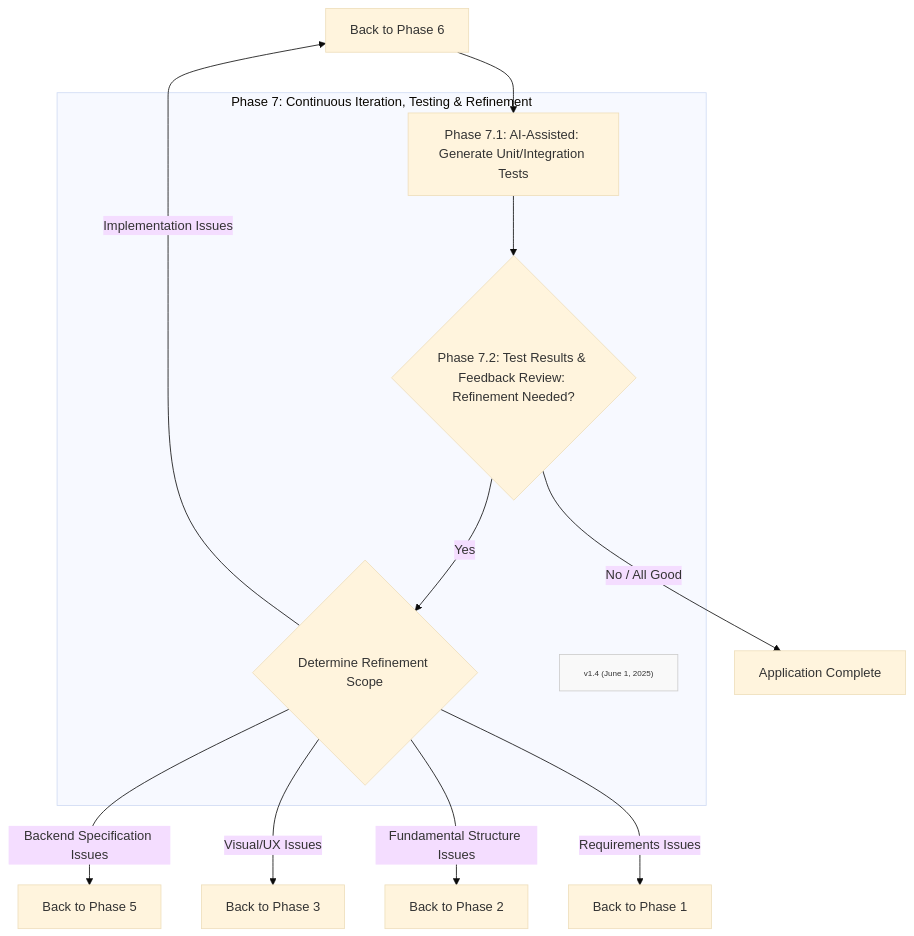
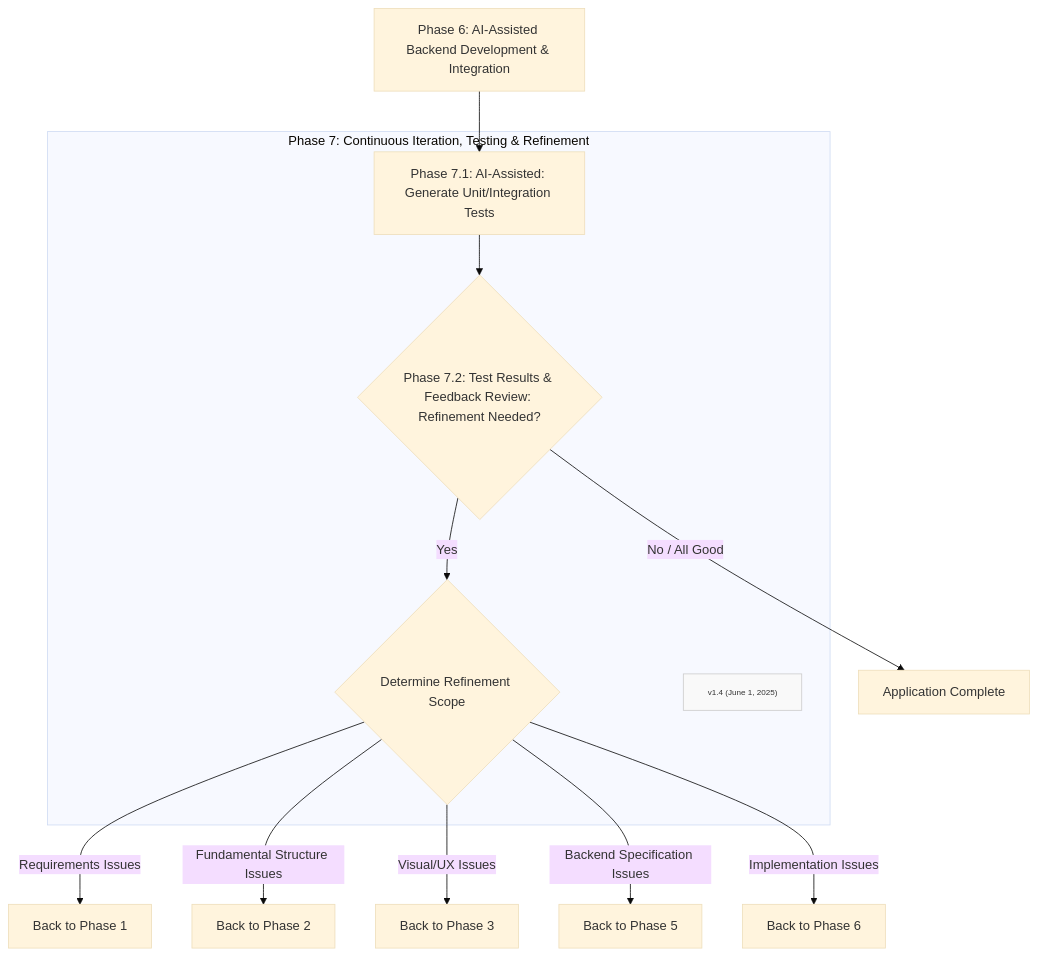
The diagram in Method/FF-phase7.md (Mharbulous/Front-First-Method), drawn with Mermaid (base theme) before and after one commit.

Commit message:
Refine phase 7 diagram exists back

````diff
--- a/Method/FF-phase7.md
+++ b/Method/FF-phase7.md
@@ -1,22 +1,22 @@
 ```mermaid
 graph TD
     Phase6["Phase 6: AI-Assisted Backend Development & Integration"] --> Phase7_1
 
     subgraph Phase7 ["Phase 7: Continuous Iteration, Testing & Refinement"]
         Phase7_1["Phase 7.1: AI-Assisted: Generate Unit/Integration Tests"] --> Phase7_2_Val{"Phase 7.2: Test Results & Feedback Review: Refinement Needed?"}
         
         Phase7_2_Val -->|Yes| RefineDecision{"Determine Refinement Scope"}
         
         Version["v1.4 (June 1, 2025)"]
         classDef version fill:#f9f9f9,stroke:#ccc,font-size:10px
         class Version version
     end
 
-RefineDecision -->|Implementation Issues| Phase6["Back to Phase 6"]
-RefineDecision -->|Backend Specification Issues| Phase5["Back to Phase 5"]
-RefineDecision -->|Visual/UX Issues| Phase3["Back to Phase 3"]
-RefineDecision -->|Fundamental Structure Issues| Phase2["Back to Phase 2"]
-RefineDecision -->|Requirements Issues| Phase1["Back to Phase 1"]
+RefineDecision -->|Requirements Issues| Back2Phase1["Back to Phase 1"]
+RefineDecision -->|Fundamental Structure Issues| Back2Phase2["Back to Phase 2"]
+RefineDecision -->|Visual/UX Issues| Back2Phase3["Back to Phase 3"]
+RefineDecision -->|Backend Specification Issues| Back2Phase5["Back to Phase 5"]
+RefineDecision -->|Implementation Issues| Back2Phase6["Back to Phase 6"]
 
 Phase7_2_Val -->|No / All Good| ApplicationComplete["Application Complete"]
 ```
````
